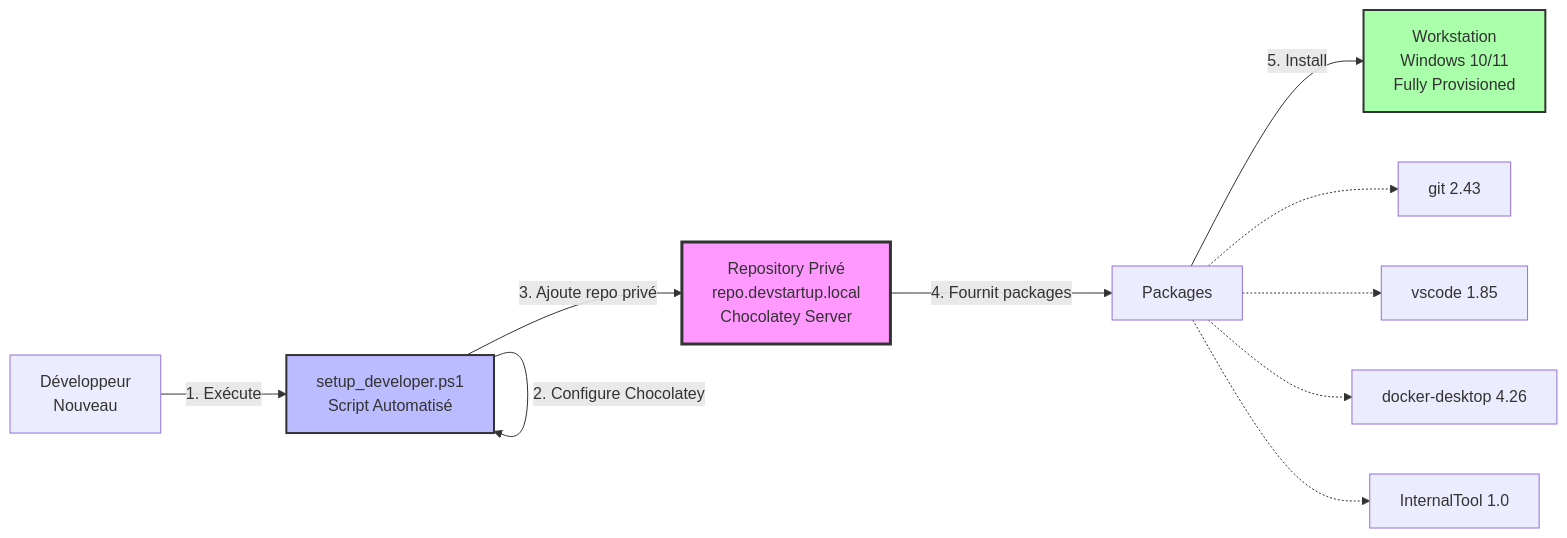
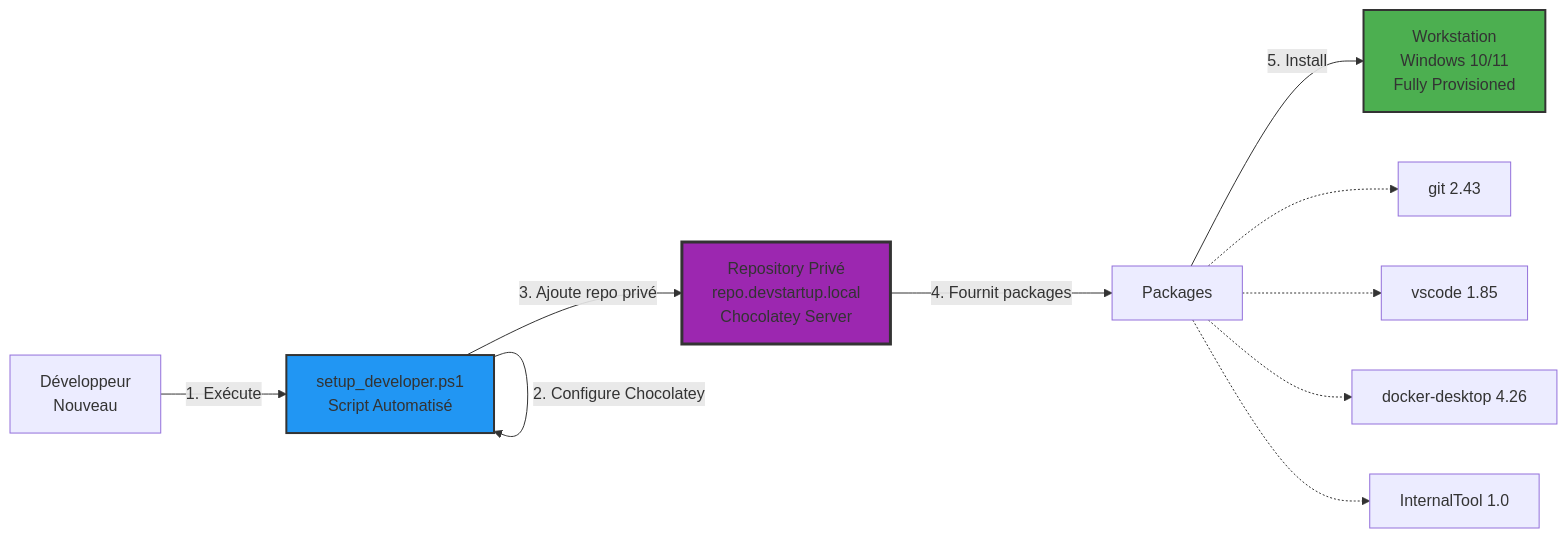
Before and after one commit to VBlackJack/ShellBook: the diagram in docs/formations/chocolatey/05-tp-final.md, drawn with Mermaid. The commit also changed other lines of this file and 337 other files, not shown here.

First line of the commit message:
refactor(docs): Standardize code blocks and Mermaid colors

````diff
--- a/docs/formations/chocolatey/05-tp-final.md
+++ b/docs/formations/chocolatey/05-tp-final.md
@@ -78,23 +78,23 @@
 ```mermaid
 flowchart LR
     DEV[Développeur<br/>Nouveau]
     SCRIPT[setup_developer.ps1<br/>Script Automatisé]
     REPO[Repository Privé<br/>repo.devstartup.local<br/>Chocolatey Server]
     PACKAGES[Packages]
     WORKSTATION[Workstation<br/>Windows 10/11<br/>Fully Provisioned]
 
     DEV -->|1. Exécute| SCRIPT
     SCRIPT -->|2. Configure Chocolatey| SCRIPT
     SCRIPT -->|3. Ajoute repo privé| REPO
     REPO -->|4. Fournit packages| PACKAGES
     PACKAGES -->|5. Install| WORKSTATION
 
     PACKAGES -.-> GIT[git 2.43]
     PACKAGES -.-> VSCODE[vscode 1.85]
     PACKAGES -.-> DOCKER[docker-desktop 4.26]
     PACKAGES -.-> INTERNAL[InternalTool 1.0]
 
-    style REPO fill:#f9f,stroke:#333,stroke-width:3px
-    style SCRIPT fill:#bbf,stroke:#333,stroke-width:2px
-    style WORKSTATION fill:#afa,stroke:#333,stroke-width:2px
+    style REPO fill:#9C27B0,stroke:#333,stroke-width:3px
+    style SCRIPT fill:#2196F3,stroke:#333,stroke-width:2px
+    style WORKSTATION fill:#4CAF50,stroke:#333,stroke-width:2px
 ```
````
